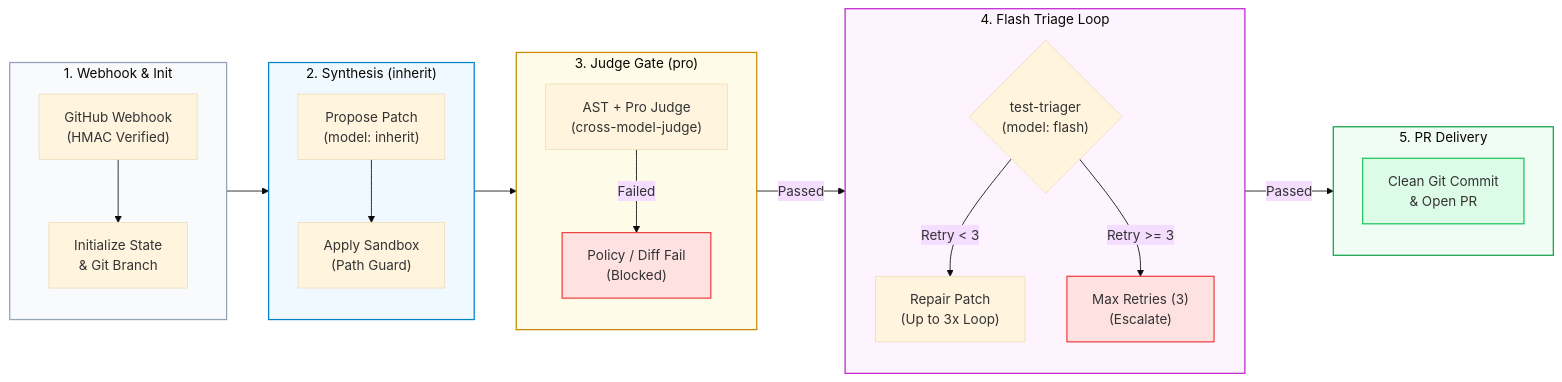
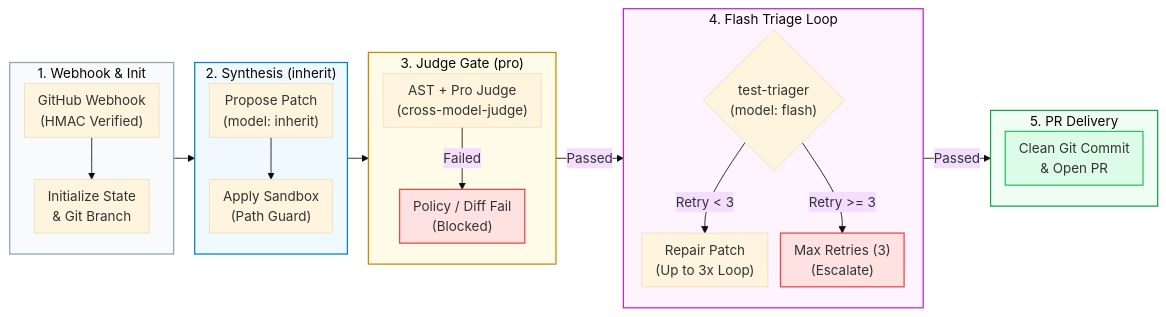
One commit to Kenono2000/enterprise-rag-pgvector-rbac changed the seventh of 9 diagrams in README.md. Above: the diagram before and after it, drawn with Mermaid (base theme). The commit also changed other lines of this file, not shown here.

````diff
--- a/README.md
+++ b/README.md
@@ -428,52 +259,36 @@
 ```mermaid
+%%{init: {'flowchart': {'nodeSpacing': 15, 'rankSpacing': 25, 'padding': 8}}}%%
 flowchart LR
     subgraph Intake ["1. Webhook & Init"]
         direction TB
-        Hook["GitHub Webhook<br/>(HMAC Verified)"]
-        Init["Initialize State<br/>& Git Branch"]
-        Hook --> Init
+        Hook["GitHub Webhook<br/>(HMAC Verified)"] --> Init["Initialize State<br/>& Git Branch"]
     end
-
     subgraph Gen ["2. Synthesis (inherit)"]
         direction TB
-        Propose["Propose Patch<br/>(model: inherit)"]
-        Apply["Apply Sandbox<br/>(Path Guard)"]
-        Propose --> Apply
+        Propose["Propose Patch<br/>(model: inherit)"] --> Apply["Apply Sandbox<br/>(Path Guard)"]
     end
-
     subgraph Audit ["3. Judge Gate (pro)"]
         direction TB
-        Inspect["AST + Pro Judge<br/>(cross-model-judge)"]
-        Reject["Policy / Diff Fail<br/>(Blocked)"]
-        Inspect -->|Failed| Reject
+        Inspect["AST + Pro Judge<br/>(cross-model-judge)"] -->|Failed| Reject["Policy / Diff Fail<br/>(Blocked)"]
     end
-
     subgraph Verify ["4. Flash Triage Loop"]
         direction TB
-        Test{"test-triager<br/>(model: flash)"}
-        Repair["Repair Patch<br/>(Up to 3x Loop)"]
-        Escalate["Max Retries (3)<br/>(Escalate)"]
-
-        Test -->|Retry < 3| Repair
-        Test -->|Retry >= 3| Escalate
+        Test{"test-triager<br/>(model: flash)"} -->|Retry < 3| Repair["Repair Patch<br/>(Up to 3x Loop)"]
+        Test -->|Retry >= 3| Escalate["Max Retries (3)<br/>(Escalate)"]
     end
-
     subgraph Done ["5. PR Delivery"]
         direction TB
         PR["Clean Git Commit<br/>& Open PR"]
     end
-
-    Intake --> Gen
-    Gen --> Audit
+    Intake --> Gen --> Audit
     Audit -->|Passed| Verify
     Verify -->|Passed| Done
-
     style Intake fill:#f8fafc,stroke:#94a3b8,stroke-width:1.5px
     style Gen fill:#f0f9ff,stroke:#0284c7,stroke-width:1.5px
     style Audit fill:#fefce8,stroke:#ca8a04,stroke-width:1.5px
     style Verify fill:#fdf4ff,stroke:#c026d3,stroke-width:1.5px
     style Done fill:#f0fdf4,stroke:#16a34a,stroke-width:1.5px
     style Reject fill:#fee2e2,stroke:#ef4444,stroke-width:1.5px
     style Escalate fill:#fee2e2,stroke:#ef4444,stroke-width:1.5px
     style PR fill:#dcfce7,stroke:#22c55e,stroke-width:1.5px
 ```
````
